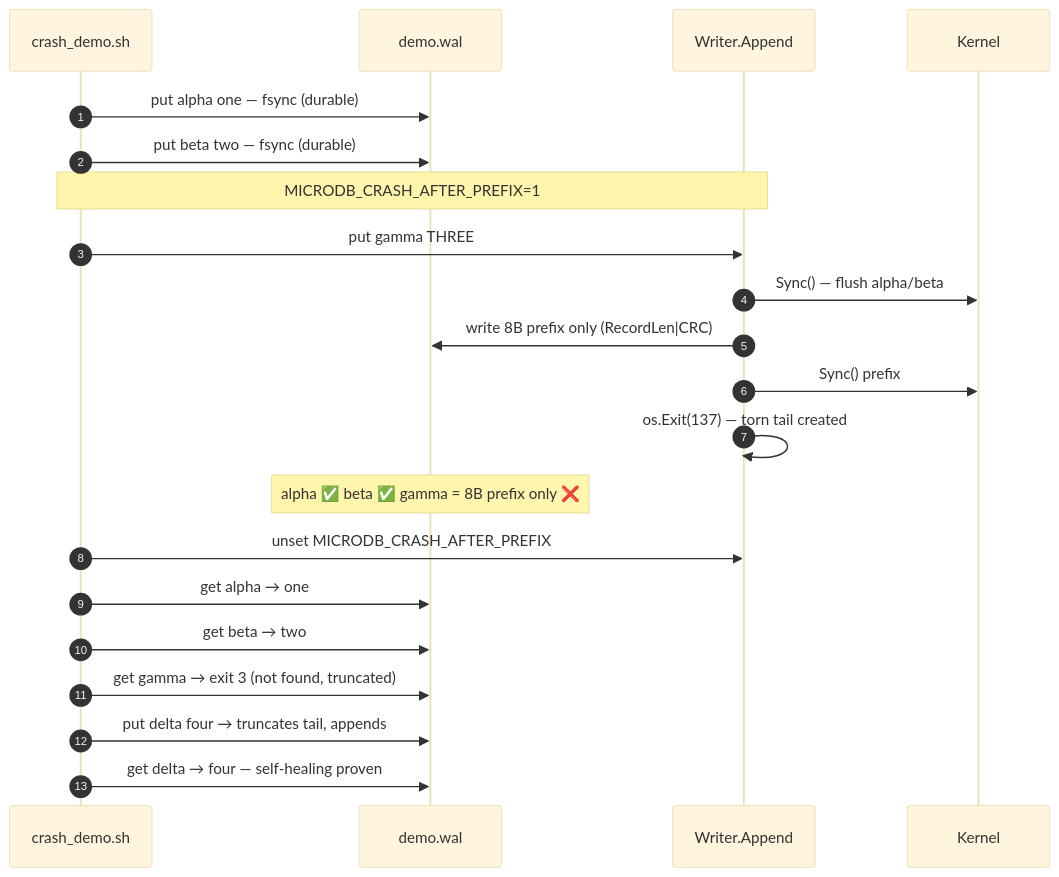
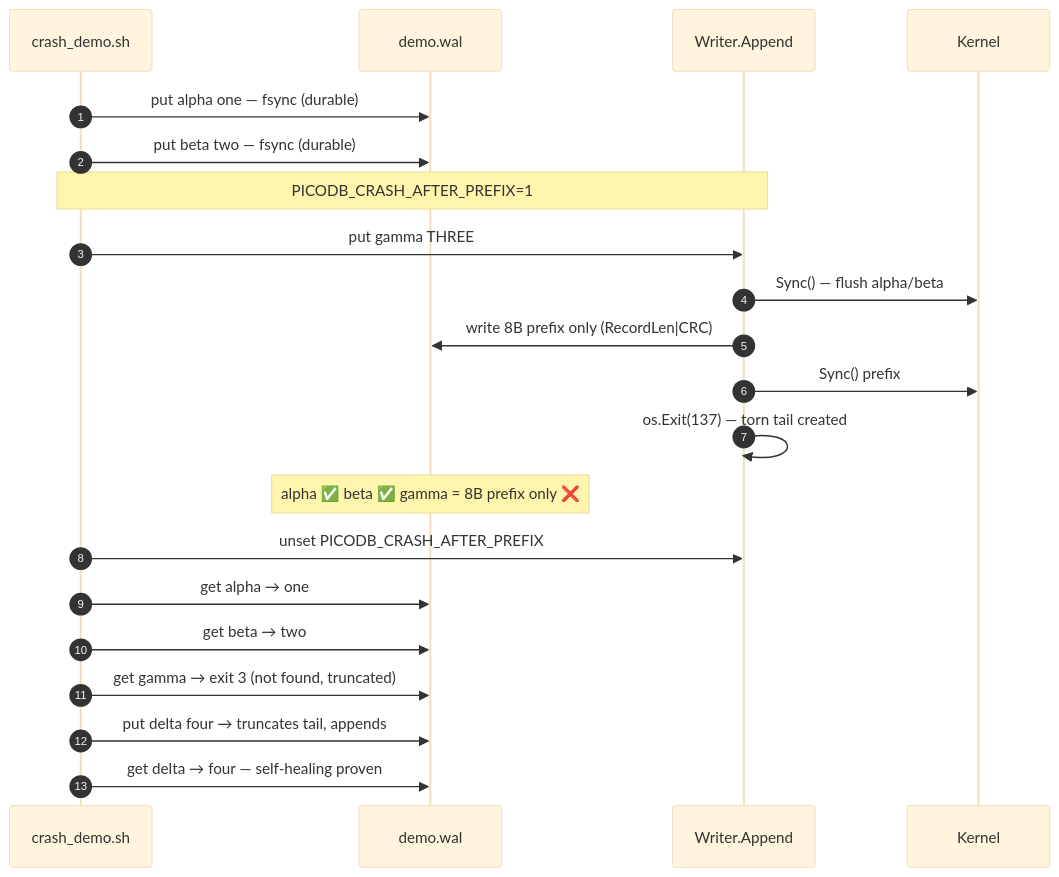
Before and after one commit to NexiSynapse/PicoDB: diagram 11 of 14 in README.md, drawn with Mermaid (base theme). The commit also changed other lines of this file and 1 other file, not shown here.

Commit message:
docs: use picodb naming consistently and polish prose

````diff
--- a/README.md
+++ b/README.md
@@ -460,24 +465,24 @@
 ```mermaid
 sequenceDiagram
   autonumber
   participant SH as crash_demo.sh
   participant DB as demo.wal
   participant W as Writer.Append
   participant K as Kernel
 
   SH->>DB: put alpha one — fsync (durable)
   SH->>DB: put beta two — fsync (durable)
-  Note over SH,W: MICRODB_CRASH_AFTER_PREFIX=1
+  Note over SH,W: PICODB_CRASH_AFTER_PREFIX=1
   SH->>W: put gamma THREE
   W->>K: Sync() — flush alpha/beta
   W->>DB: write 8B prefix only (RecordLen|CRC)
   W->>K: Sync() prefix
   W->>W: os.Exit(137) — torn tail created
   Note over DB: alpha ✅ beta ✅ gamma = 8B prefix only ❌
-  SH->>W: unset MICRODB_CRASH_AFTER_PREFIX
+  SH->>W: unset PICODB_CRASH_AFTER_PREFIX
   SH->>DB: get alpha → one
   SH->>DB: get beta → two
   SH->>DB: get gamma → exit 3 (not found, truncated)
   SH->>DB: put delta four → truncates tail, appends
   SH->>DB: get delta → four — self-healing proven
 ```
````
